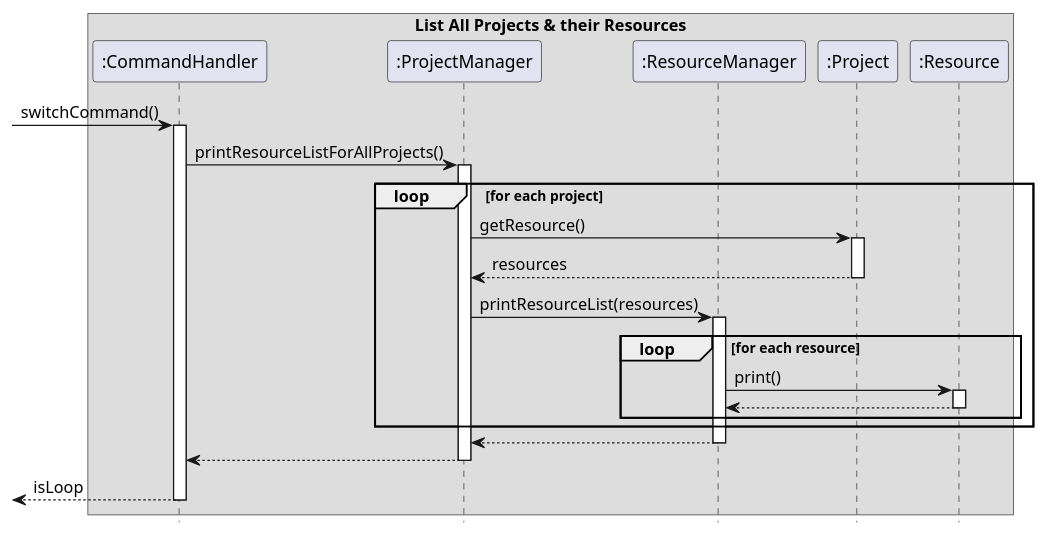
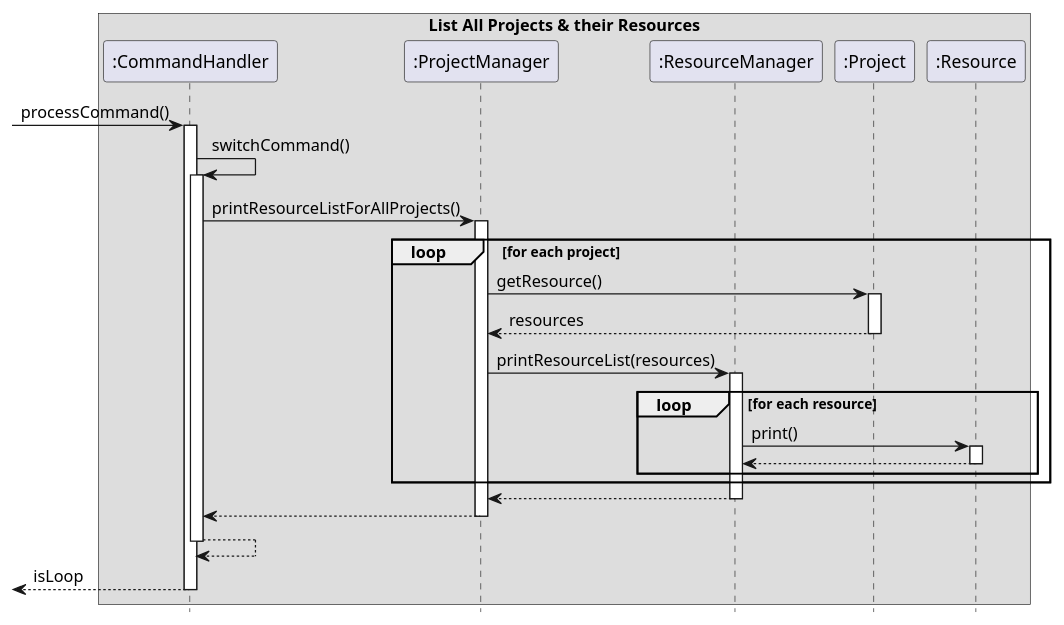
Before and after one commit to s-t-e-f/tp: the diagram in docs/PlantUML/ListAllProjectResources.puml, drawn with PlantUML. The commit also changed 4 other files, not shown here.

Commit message:
Update sequence diagrams.

```diff
--- a/docs/PlantUML/ListAllProjectResources.puml
+++ b/docs/PlantUML/ListAllProjectResources.puml
@@ -1,32 +1,36 @@
 @startuml
 hide footbox
 box List All Projects & their Resources
 participant ":CommandHandler" as CH
 participant ":ProjectManager" as PM
 participant ":ResourceManager" as RM
 participant ":Project" as P
 participant ":Resource" as R
 
-[-> CH: switchCommand()
+[-> CH: processCommand()
+activate CH
+
+CH -> CH: switchCommand()
 activate CH
 
 CH -> PM: printResourceListForAllProjects()
 activate PM
 
 loop for each project
     PM -> P: getResource()
     activate P
     return resources
     PM -> RM: printResourceList(resources)
     activate RM
     loop for each resource
         RM->R: print()
         activate R
         return
     end
 end
 return
 return
+return
 return isLoop
 
 @enduml
```
